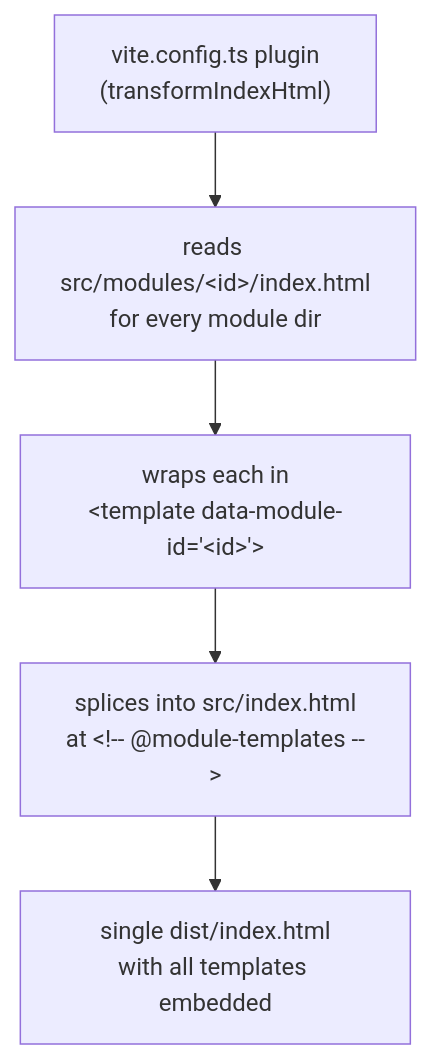
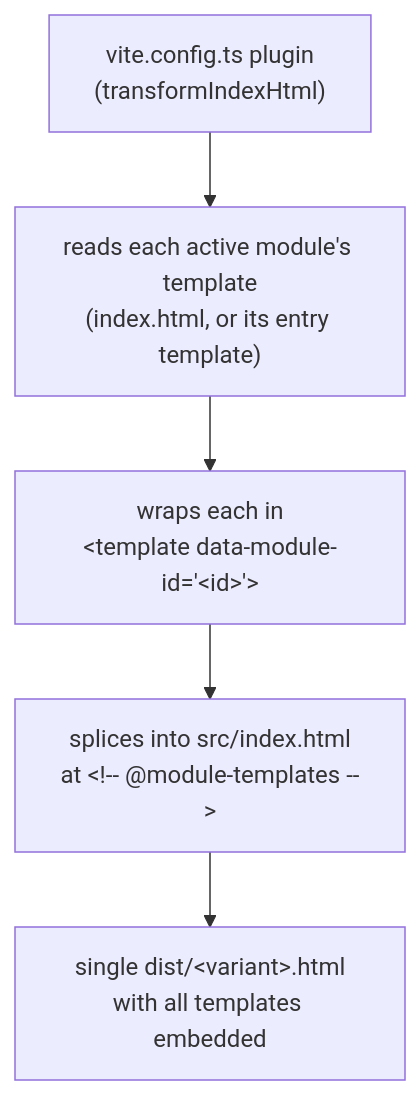
One commit to SolaceLabs/solace-msg-utility changed the fifth of 5 diagrams in docs/architecture.md. Above: the diagram before and after it, drawn with Mermaid. The commit also changed other lines of this file and 58 other files, not shown here.

Commit message:
Managed UI only in managed.html: per-variant entry for connections, bundle check, explicit Release list (Phase 1)

````diff
--- a/docs/architecture.md
+++ b/docs/architecture.md
@@ -492,8 +492,8 @@
 ```mermaid
 flowchart TD
     plugin["vite.config.ts plugin<br/>(transformIndexHtml)"]
-    plugin --> read["reads src/modules/&lt;id&gt;/index.html<br/>for every module dir"]
+    plugin --> read["reads each active module's template<br/>(index.html, or its entry template)"]
     read --> wrap["wraps each in<br/>&lt;template data-module-id='&lt;id&gt;'&gt;"]
     wrap --> splice["splices into src/index.html<br/>at &lt;!-- @module-templates --&gt;"]
-    splice --> out["single dist/index.html<br/>with all templates embedded"]
+    splice --> out["single dist/&lt;variant&gt;.html<br/>with all templates embedded"]
 ```
````
